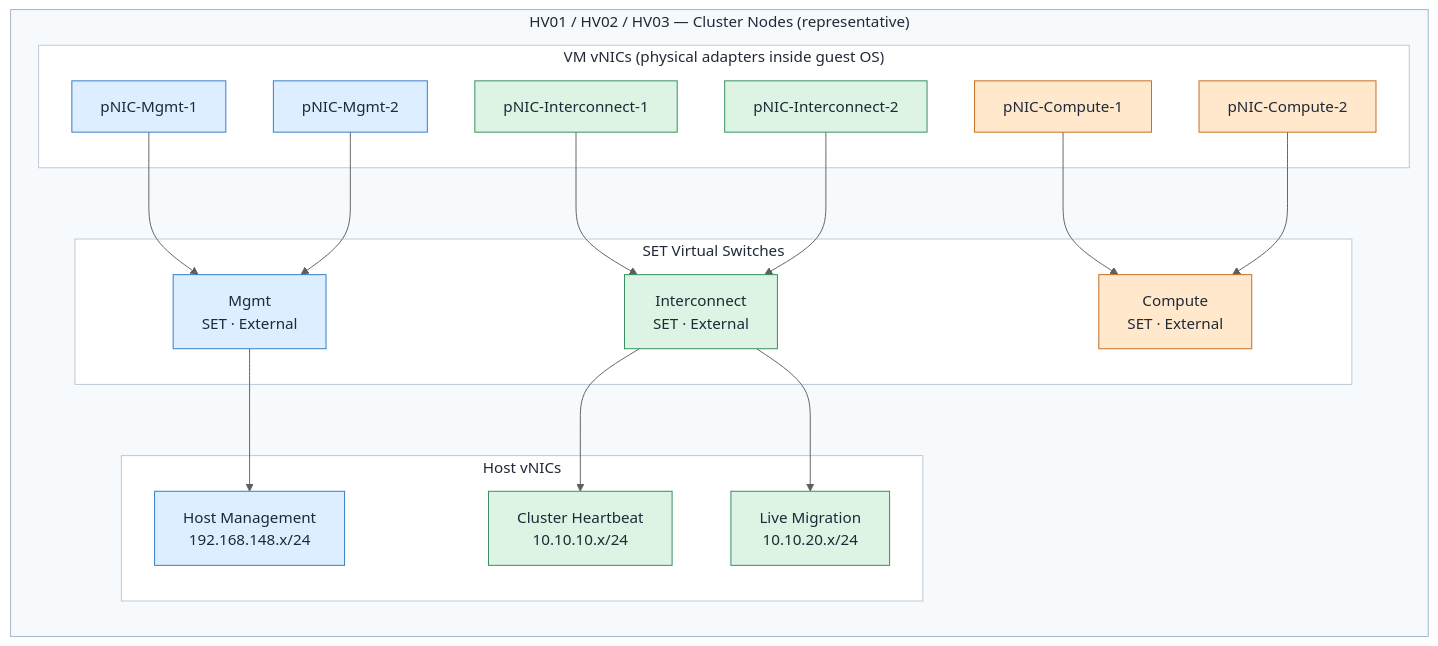
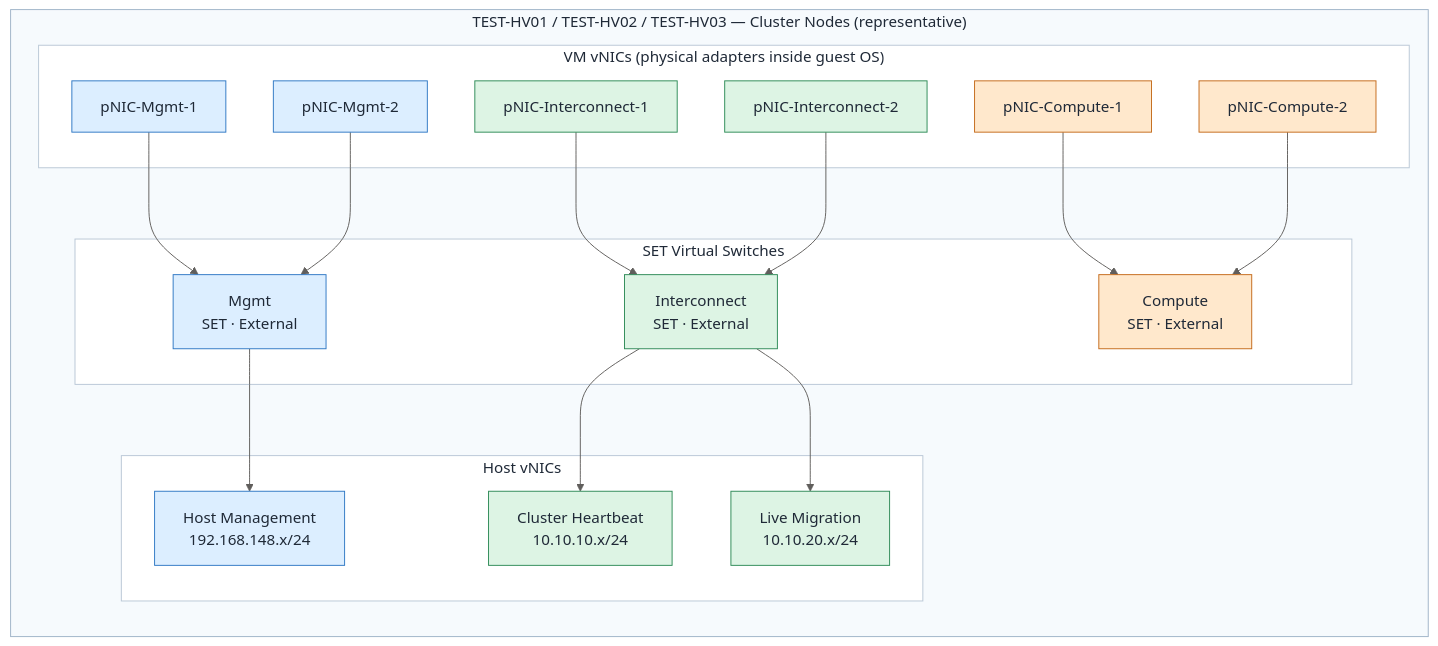
Before and after one commit to Greg-T8/ws2025-hyperv-cluster-lab: the diagram in docs/hyper-v-failover-cluster-lab-guide.md, drawn with Mermaid. The commit also changed other lines of this file, not shown here.

Commit message:
fix: update cluster node names to include 'TEST-' prefix in Hyper-V Failover Cluster Lab Guide

````diff
--- a/docs/hyper-v-failover-cluster-lab-guide.md
+++ b/docs/hyper-v-failover-cluster-lab-guide.md
@@ -39,56 +39,56 @@
 ```mermaid
 %%{init: {
     "theme": "base",
     "themeVariables": {
         "background": "#FDFEFE",
         "primaryTextColor": "#323130",
         "lineColor": "#605E5C",
         "clusterBkg": "#F7FAFD",
         "clusterBorder": "#A7BDD4"
     }
 }}%%
 graph LR
-    subgraph NODE["HV01 / HV02 / HV03 — Cluster Nodes (representative)"]
+    subgraph NODE["TEST-HV01 / TEST-HV02 / TEST-HV03 — Cluster Nodes (representative)"]
         subgraph GNICS["VM vNICs (physical adapters inside guest OS)"]
             M1["pNIC-Mgmt-1"]
             M2["pNIC-Mgmt-2"]
             IC1["pNIC-Interconnect-1"]
             IC2["pNIC-Interconnect-2"]
             CP1["pNIC-Compute-1"]
             CP2["pNIC-Compute-2"]
         end
 
         subgraph GSET["SET Virtual Switches"]
             SET_M["Mgmt\nSET · External"]
             SET_I["Interconnect\nSET · External"]
             SET_CP["Compute\nSET · External"]
         end
 
         subgraph GVNICS["Host vNICs"]
             HV_MGMT["Host Management\n192.168.148.x/24"]
             HV_CLUS["Cluster Heartbeat\n10.10.10.x/24"]
             HV_LM["Live Migration\n10.10.20.x/24"]
         end
 
         M1 & M2 --> SET_M
         IC1 & IC2 --> SET_I
         CP1 & CP2 --> SET_CP
         SET_M --> HV_MGMT
         SET_I --> HV_CLUS
         SET_I --> HV_LM
     end
 
     classDef mgmt fill:#DCEEFF,stroke:#2F78C4,stroke-width:1px,color:#1F2937;
     classDef cluster fill:#DDF4E4,stroke:#2E8B57,stroke-width:1px,color:#1F2937;
     classDef livemig fill:#EADFFD,stroke:#6F4BB8,stroke-width:1px,color:#1F2937;
     classDef vmnet fill:#FFE8CC,stroke:#C46A1A,stroke-width:1px,color:#1F2937;
 
     class M1,M2,SET_M,HV_MGMT mgmt;
     class IC1,IC2,SET_I,HV_CLUS,HV_LM cluster;
     class CP1,CP2,SET_CP vmnet;
 
     style NODE fill:#F6FAFD,stroke:#9FB3C8,stroke-width:1px,color:#1F2937
     style GNICS fill:#FFFFFF,stroke:#B9C7D6,stroke-width:1px,color:#1F2937
     style GSET fill:#FFFFFF,stroke:#B9C7D6,stroke-width:1px,color:#1F2937
     style GVNICS fill:#FFFFFF,stroke:#B9C7D6,stroke-width:1px,color:#1F2937
 ```
````
